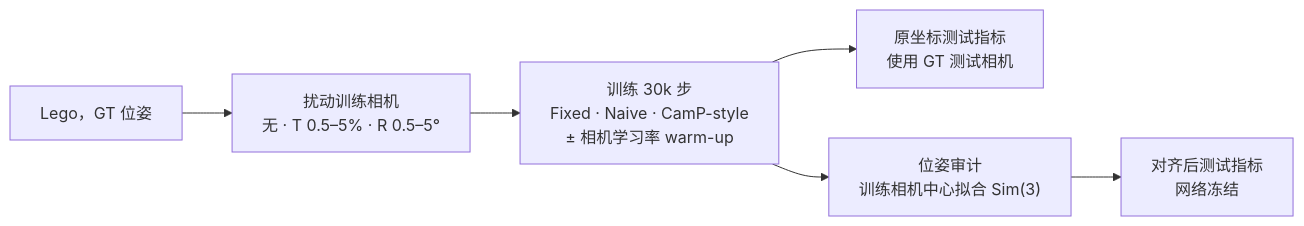
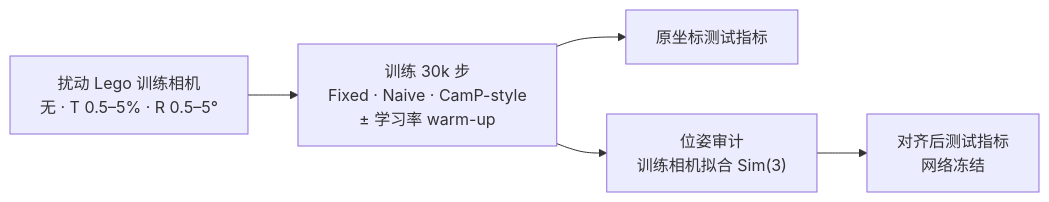
One commit to chu-jiaming/PoseGuard-NeRF changed the diagram in README.zh-CN.md. Above: the diagram before and after it, drawn with Mermaid. The commit also changed 1 other file, not shown here.

Commit message:
docs: narrow the method diagram so GitHub does not crop it

````diff
--- a/README.zh-CN.md
+++ b/README.zh-CN.md
@@ -30,8 +30,7 @@
 ```mermaid
 flowchart LR
-    A["Lego，GT 位姿"] --> B["扰动训练相机<br/>无 · T 0.5–5% · R 0.5–5°"]
-    B --> C["训练 30k 步<br/>Fixed · Naive · CamP-style<br/>± 相机学习率 warm-up"]
-    C --> D["原坐标测试指标<br/>使用 GT 测试相机"]
-    C --> E["位姿审计<br/>训练相机中心拟合 Sim(3)"]
+    B["扰动 Lego 训练相机<br/>无 · T 0.5–5% · R 0.5–5°"] --> C["训练 30k 步<br/>Fixed · Naive · CamP-style<br/>± 学习率 warm-up"]
+    C --> D["原坐标测试指标"]
+    C --> E["位姿审计<br/>训练相机拟合 Sim(3)"]
     E --> F["对齐后测试指标<br/>网络冻结"]
 ```
````
